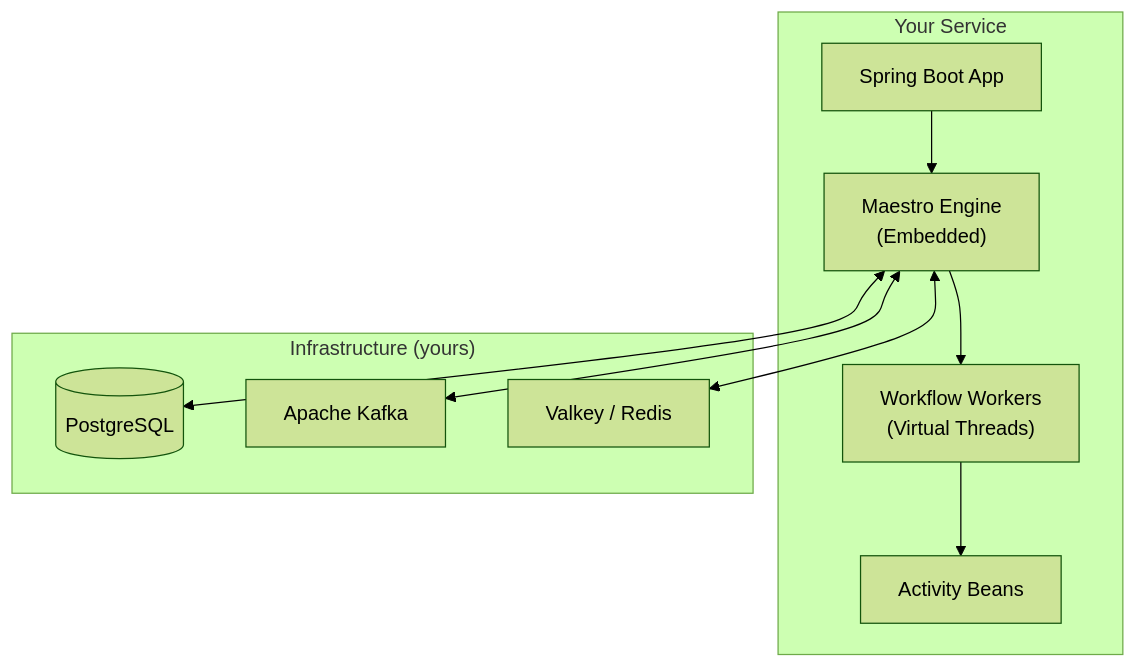
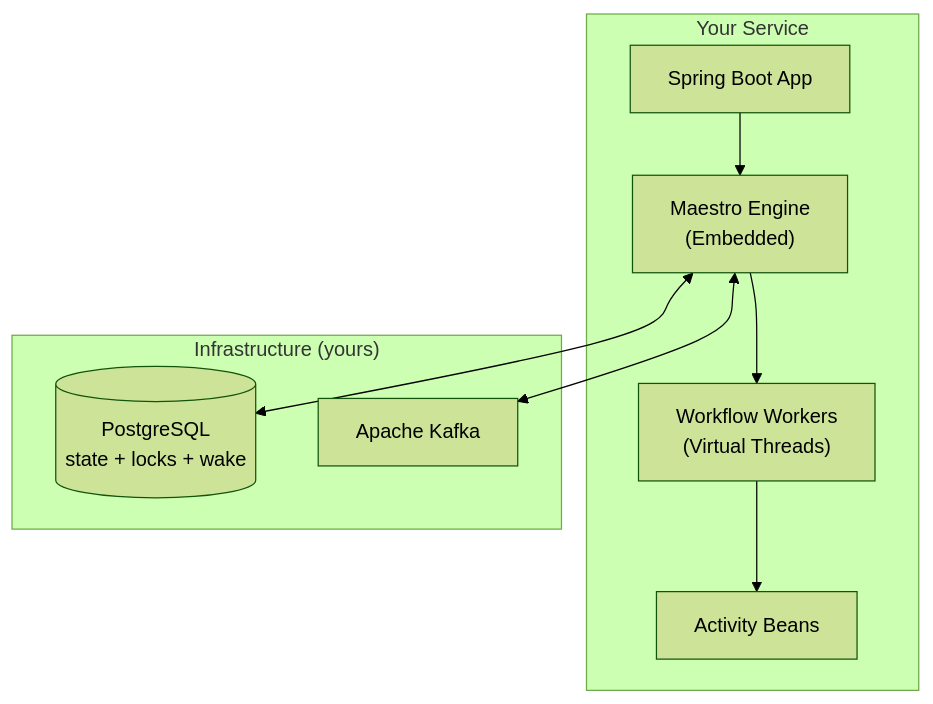
One commit to rakheen-dama/maestro changed the second of 2 diagrams in README.md. Above: the diagram before and after it, drawn with Mermaid (forest theme). The commit also changed other lines of this file and 22 other files, not shown here.

````diff
--- a/README.md
+++ b/README.md
@@ -201,20 +200,18 @@
 ```mermaid
 graph TB
     subgraph "Your Service"
         APP["Spring Boot App"]
         ENGINE["Maestro Engine<br/>(Embedded)"]
         WORKERS["Workflow Workers<br/>(Virtual Threads)"]
         ACTIVITIES["Activity Beans"]
         APP --> ENGINE --> WORKERS --> ACTIVITIES
     end
 
     subgraph "Infrastructure (yours)"
-        PG[("PostgreSQL")]
+        PG[("PostgreSQL<br/>state + locks + wake")]
         KAFKA["Apache Kafka"]
-        VALKEY["Valkey / Redis"]
     end
 
     ENGINE <--> PG
     ENGINE <--> KAFKA
-    ENGINE <--> VALKEY
 ```
````
